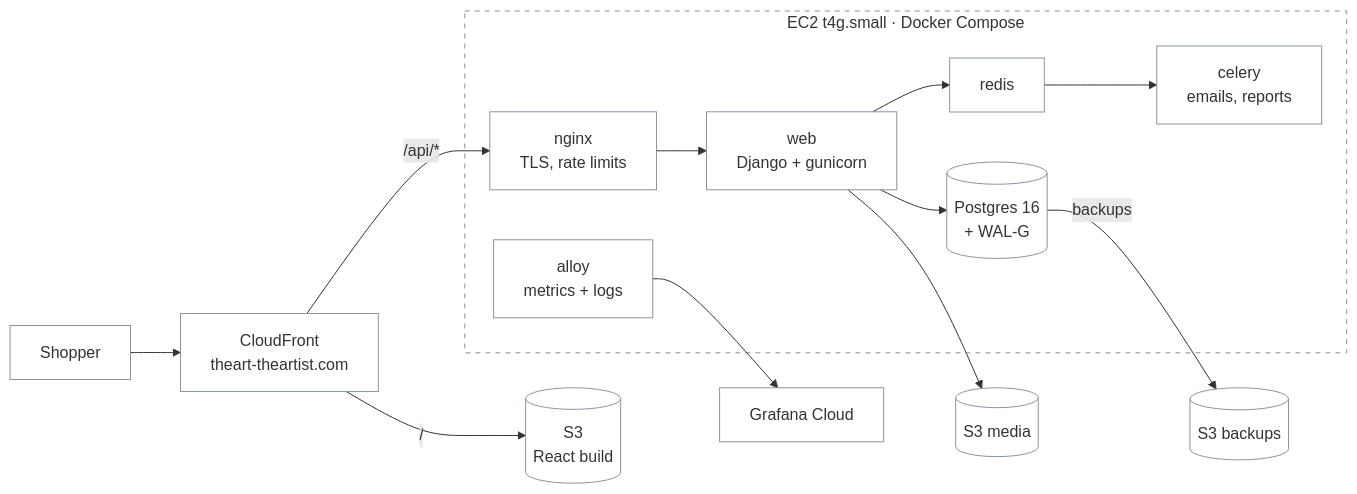
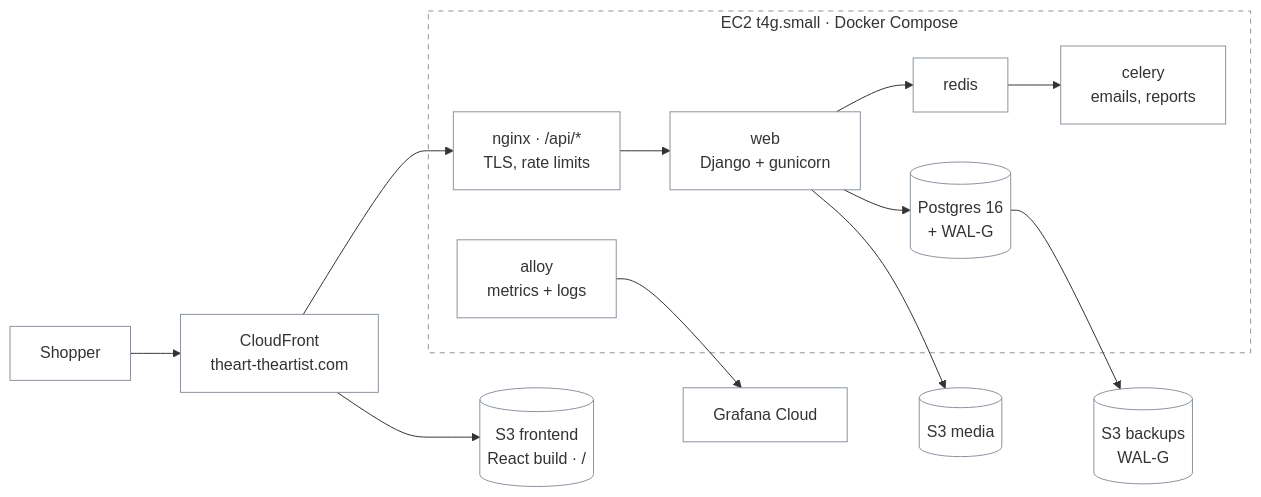
The first of 2 diagrams in docs/devops-overview.md (MateTeam251/brand-clothing-tp251), drawn with Mermaid before and after one commit. The commit also changed other lines of this file, not shown here.

Commit message:
docs: diagrams without edge labels

````diff
--- a/docs/devops-overview.md
+++ b/docs/devops-overview.md
@@ -22,18 +22,18 @@
 ```mermaid
 flowchart LR
     U[Shopper] --> CF[CloudFront<br/>theart-theartist.com]
-    CF -- "/" --> FE[(S3<br/>React build)]
-    CF -- "/api/*" --> NG
+    CF --> FE[(S3 frontend<br/>React build · /)]
+    CF --> NG
     subgraph EC2 ["EC2 t4g.small · Docker Compose"]
-        NG[nginx<br/>TLS, rate limits] --> WEB[web<br/>Django + gunicorn]
+        NG[nginx · /api/*<br/>TLS, rate limits] --> WEB[web<br/>Django + gunicorn]
         WEB --> DB[(Postgres 16<br/>+ WAL-G)]
         WEB --> RD[redis] --> CEL[celery<br/>emails, reports]
         AL[alloy<br/>metrics + logs]
     end
     WEB --> MEDIA[(S3 media)]
-    DB -- "backups" --> BK[(S3 backups)]
+    DB --> BK[(S3 backups<br/>WAL-G)]
     AL --> GF[Grafana Cloud]
     %% Transparent boxes: readable in GitHub light and dark mode
     classDef default fill:transparent,stroke:#8b949e,stroke-width:1px
     style EC2 fill:transparent,stroke:#8b949e,stroke-dasharray:5 5
 ```
````
